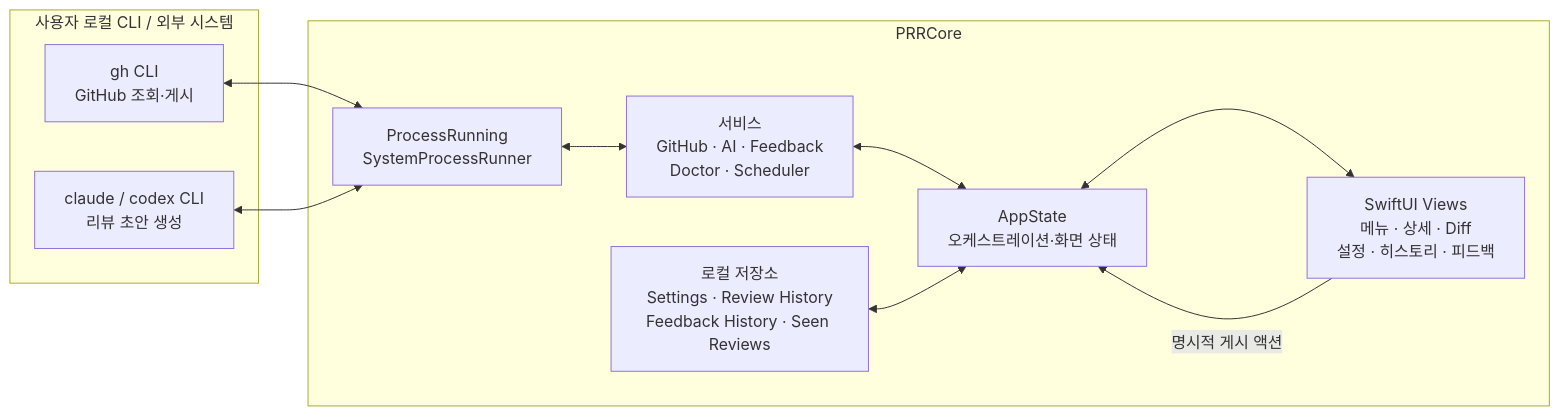
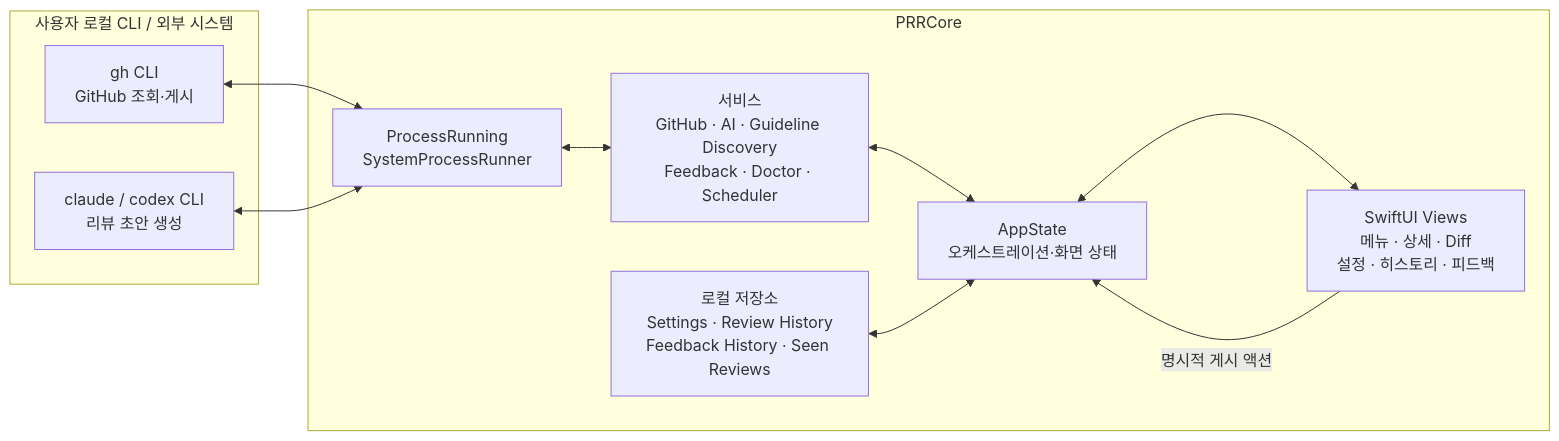
Before and after one commit to 90ms/pr-review-reminder: the diagram in docs/SPEC.md, drawn with Mermaid. The commit also changed other lines of this file and 6 other files, not shown here.

````diff
--- a/docs/SPEC.md
+++ b/docs/SPEC.md
@@ -204,23 +230,23 @@
 ```mermaid
 flowchart LR
     subgraph External["사용자 로컬 CLI / 외부 시스템"]
         GH["gh CLI<br/>GitHub 조회·게시"]
         AI["claude / codex CLI<br/>리뷰 초안 생성"]
     end
 
     subgraph Core["PRRCore"]
         Runner["ProcessRunning<br/>SystemProcessRunner"]
-        Services["서비스<br/>GitHub · AI · Feedback<br/>Doctor · Scheduler"]
+        Services["서비스<br/>GitHub · AI · Guideline Discovery<br/>Feedback · Doctor · Scheduler"]
         Stores["로컬 저장소<br/>Settings · Review History<br/>Feedback History · Seen Reviews"]
         State["AppState<br/>오케스트레이션·화면 상태"]
         Views["SwiftUI Views<br/>메뉴 · 상세 · Diff<br/>설정 · 히스토리 · 피드백"]
     end
 
     GH <--> Runner
     AI <--> Runner
     Runner <--> Services
     Services <--> State
     Stores <--> State
     State <--> Views
     Views -->|"명시적 게시 액션"| State
 ```
````
